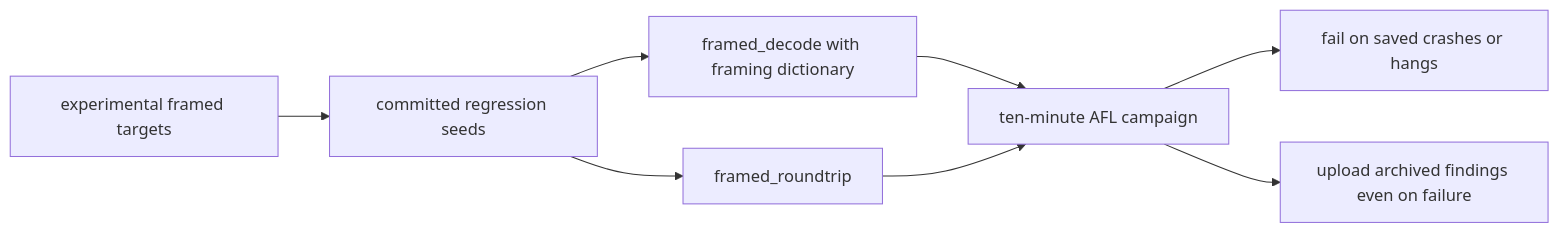
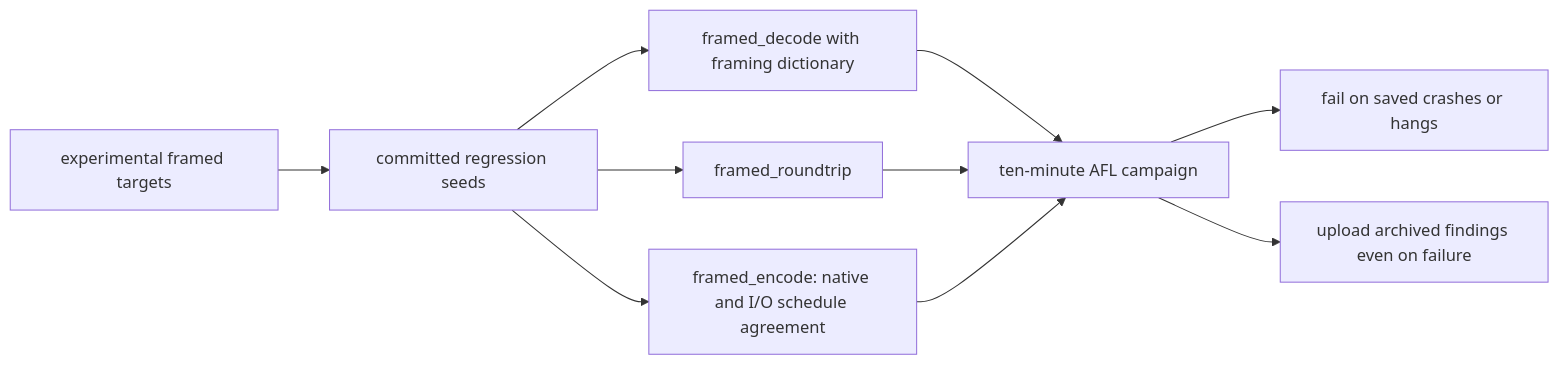
One commit to Mnwa/mbrotli changed the second of 2 diagrams in architecture/ci.md. Above: the diagram before and after it, drawn with Mermaid. The commit also changed other lines of this file and 59 other files, not shown here.

````diff
--- a/architecture/ci.md
+++ b/architecture/ci.md
@@ -61,10 +61,12 @@
 ```mermaid
 flowchart LR
     Matrix[experimental framed targets] --> Seeds[committed regression seeds]
     Seeds --> Parser[framed_decode with framing dictionary]
     Seeds --> Roundtrip[framed_roundtrip]
+    Seeds --> Encode[framed_encode: native and I/O schedule agreement]
     Parser --> Campaign[ten-minute AFL campaign]
     Roundtrip --> Campaign
+    Encode --> Campaign
     Campaign --> Check[fail on saved crashes or hangs]
     Campaign --> Archive[upload archived findings even on failure]
 ```
````
